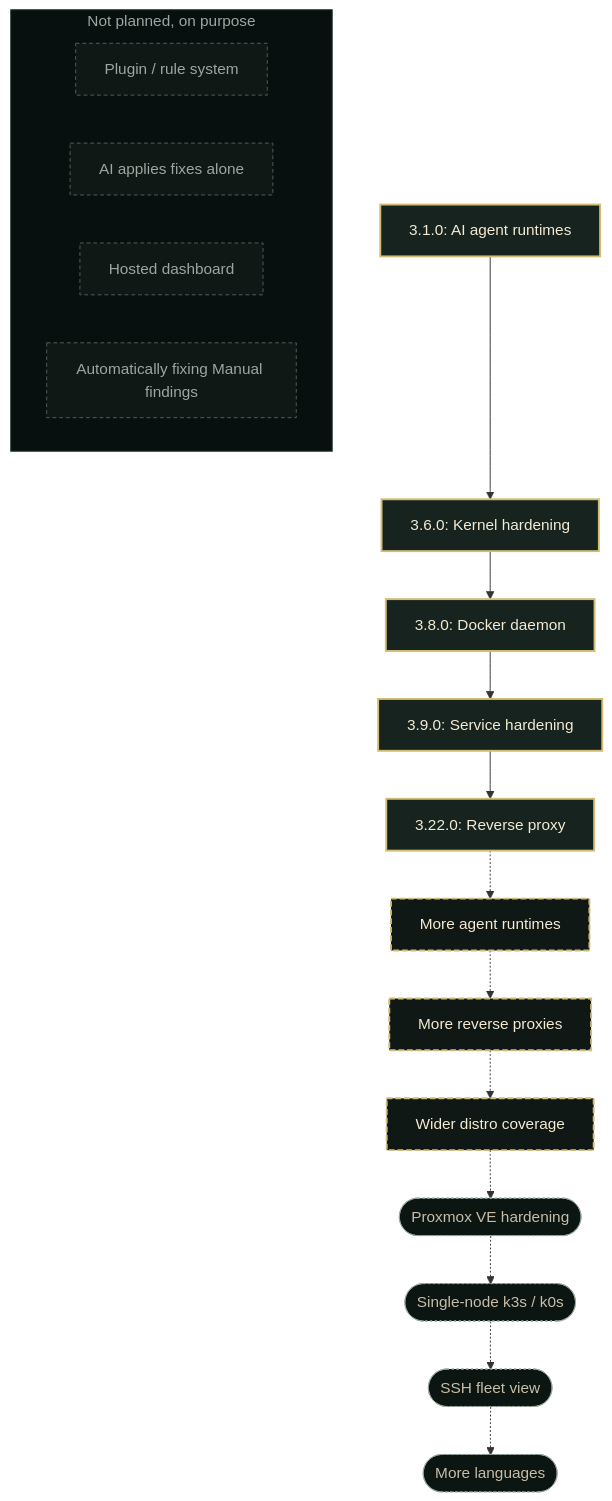
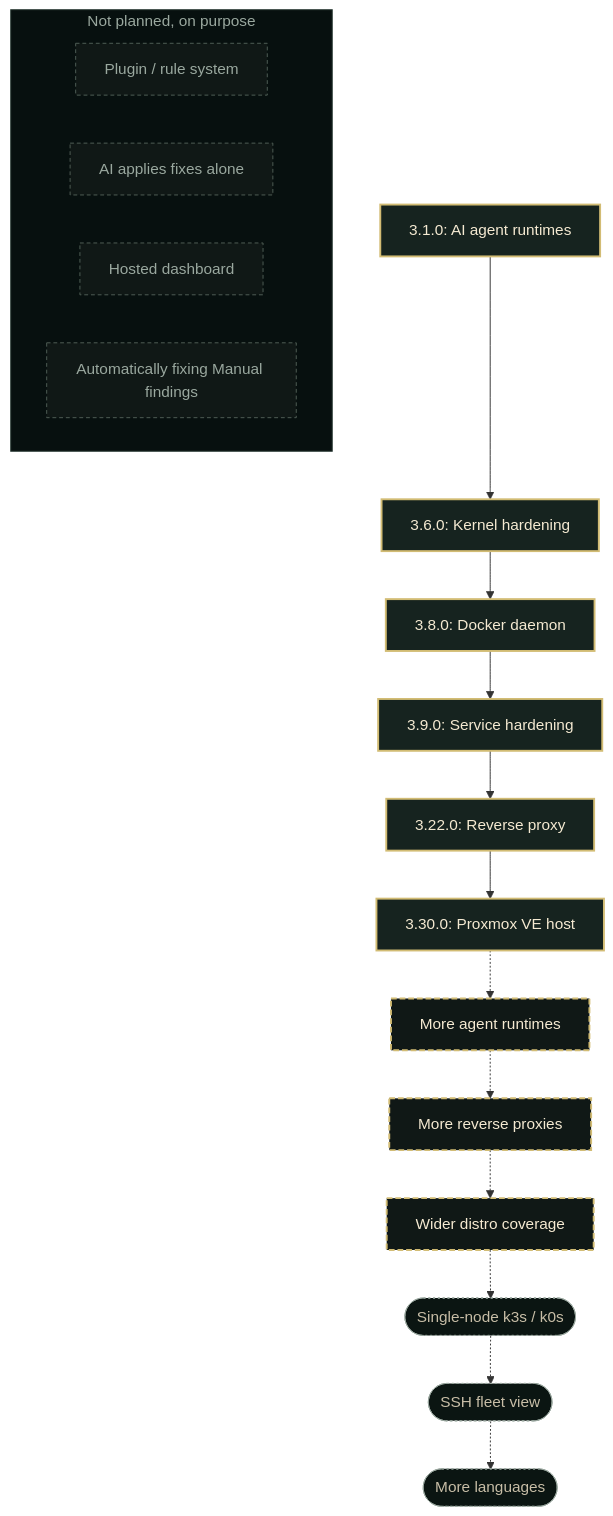
One commit to seolcu/hostveil changed the diagram in README.md. Above: the diagram before and after it, drawn with Mermaid. The commit also changed 14 other files, not shown here.

````diff
--- a/README.md
+++ b/README.md
@@ -374,33 +374,33 @@
 ```mermaid
 graph TD
     v1["3.1.0: AI agent runtimes"] --> v2["3.6.0: Kernel hardening"]
     v2 --> v3["3.8.0: Docker daemon"]
     v3 --> v4["3.9.0: Service hardening"]
     v4 --> v5["3.22.0: Reverse proxy"]
-    v5 -.-> n1["More agent runtimes"]
+    v5 --> v6["3.30.0: Proxmox VE host"]
+    v6 -.-> n1["More agent runtimes"]
     n1 -.-> n2["More reverse proxies"]
     n2 -.-> n3["Wider distro coverage"]
-    n3 -.-> e1(["Proxmox VE hardening"])
-    e1 -.-> e2(["Single-node k3s / k0s"])
+    n3 -.-> e2(["Single-node k3s / k0s"])
     e2 -.-> e3(["SSH fleet view"])
     e3 -.-> e4(["More languages"])
 
     subgraph np["Not planned, on purpose"]
         x1["Plugin / rule system"]
         x2["AI applies fixes alone"]
         x3["Hosted dashboard"]
         x4["Automatically fixing Manual findings"]
     end
 
     classDef shipped fill:#16231f,stroke:#d2bc74,stroke-width:2px,color:#f5ead2
     classDef next fill:#101816,stroke:#d2bc74,stroke-width:2px,stroke-dasharray:6 3,color:#f5ead2
     classDef exploring fill:#0b1512,stroke:#9aa89f,stroke-width:1px,stroke-dasharray:2 3,color:#c8bea7
     classDef notplanned fill:#101816,stroke:#516057,stroke-width:1px,stroke-dasharray:4 3,color:#9aa89f
     classDef npTitle fill:#07100f,stroke:#31413b,color:#9aa89f
 
-    class v1,v2,v3,v4,v5 shipped
+    class v1,v2,v3,v4,v5,v6 shipped
     class n1,n2,n3 next
-    class e1,e2,e3,e4 exploring
+    class e2,e3,e4 exploring
     class x1,x2,x3,x4 notplanned
     class np npTitle
 ```
````
